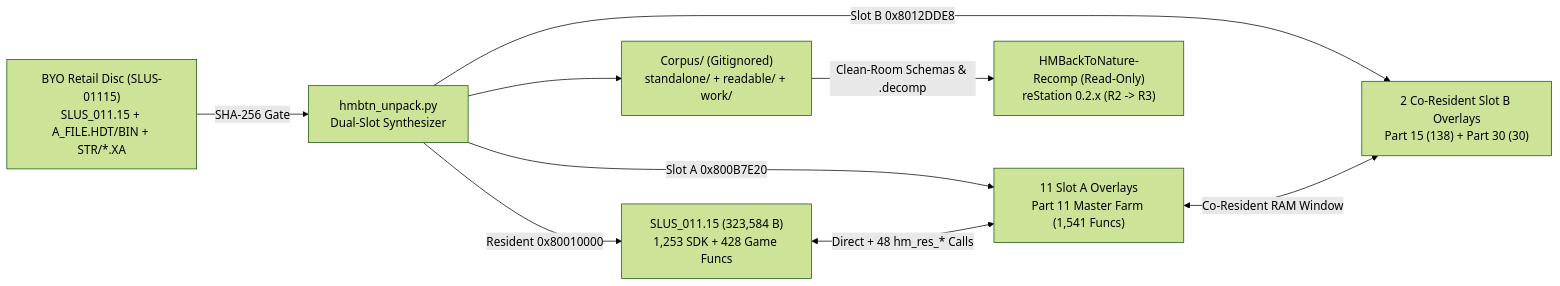
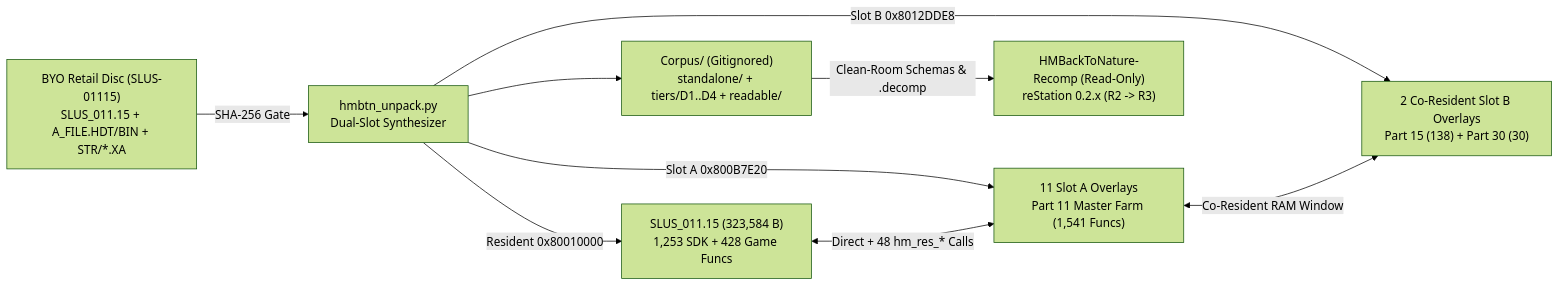
One commit to StreamResearch/HarvestMoonBackToNature-PlayStation changed the first of 2 diagrams in Dev/docs/ARCHITECTURE.md. Above: the diagram before and after it, drawn with Mermaid (forest theme). The commit also changed other lines of this file and 53 other files, not shown here.

````diff
--- a/Dev/docs/ARCHITECTURE.md
+++ b/Dev/docs/ARCHITECTURE.md
@@ -11,11 +11,11 @@
 ```mermaid
 flowchart LR
     BYO["BYO Retail Disc (SLUS-01115)\nSLUS_011.15 + A_FILE.HDT/BIN + STR/*.XA"] -->|SHA-256 Gate| Unpack["hmbtn_unpack.py\nDual-Slot Synthesizer"]
     Unpack -->|Resident 0x80010000| SLUS["SLUS_011.15 (323,584 B)\n1,253 SDK + 428 Game Funcs"]
     Unpack -->|Slot A 0x800B7E20| SlotA["11 Slot A Overlays\nPart 11 Master Farm (1,541 Funcs)"]
     Unpack -->|Slot B 0x8012DDE8| SlotB["2 Co-Resident Slot B Overlays\nPart 15 (138) + Part 30 (30)"]
     SLUS <-->|Direct + 48 hm_res_* Calls| SlotA
     SlotA <-->|Co-Resident RAM Window| SlotB
-    Unpack --> Corpus["Corpus/ (Gitignored)\nstandalone/ + readable/ + work/"]
+    Unpack --> Corpus["Corpus/ (Gitignored)\nstandalone/ + tiers/D1..D4 + readable/"]
     Corpus -->|Clean-Room Schemas & .decomp| Recomp["HMBackToNature-Recomp (Read-Only)\nreStation 0.2.x (R2 -> R3)"]
 ```
````
